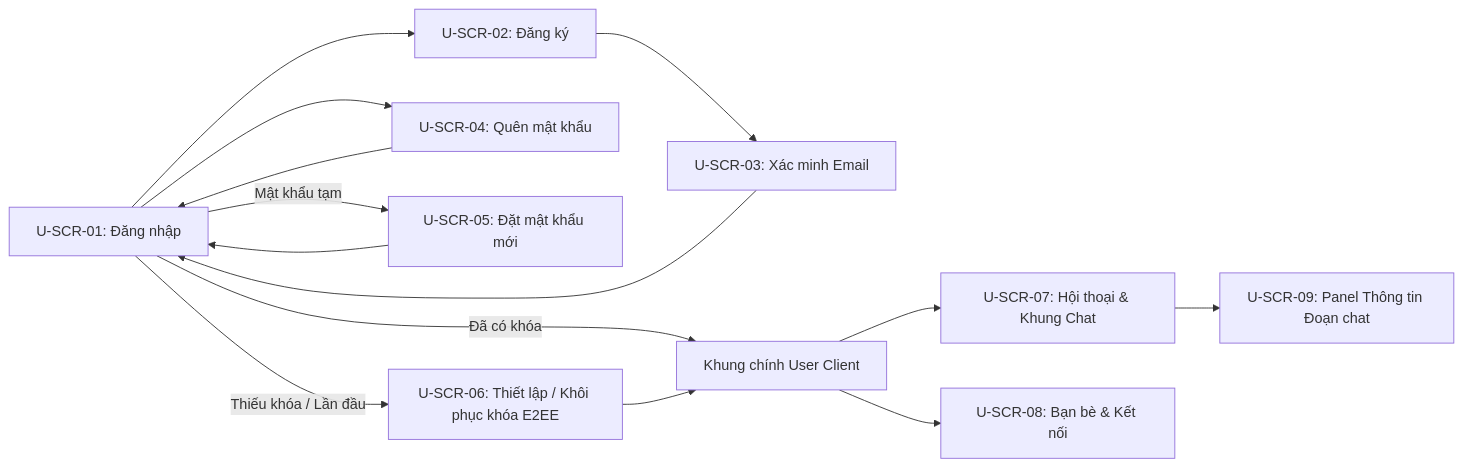
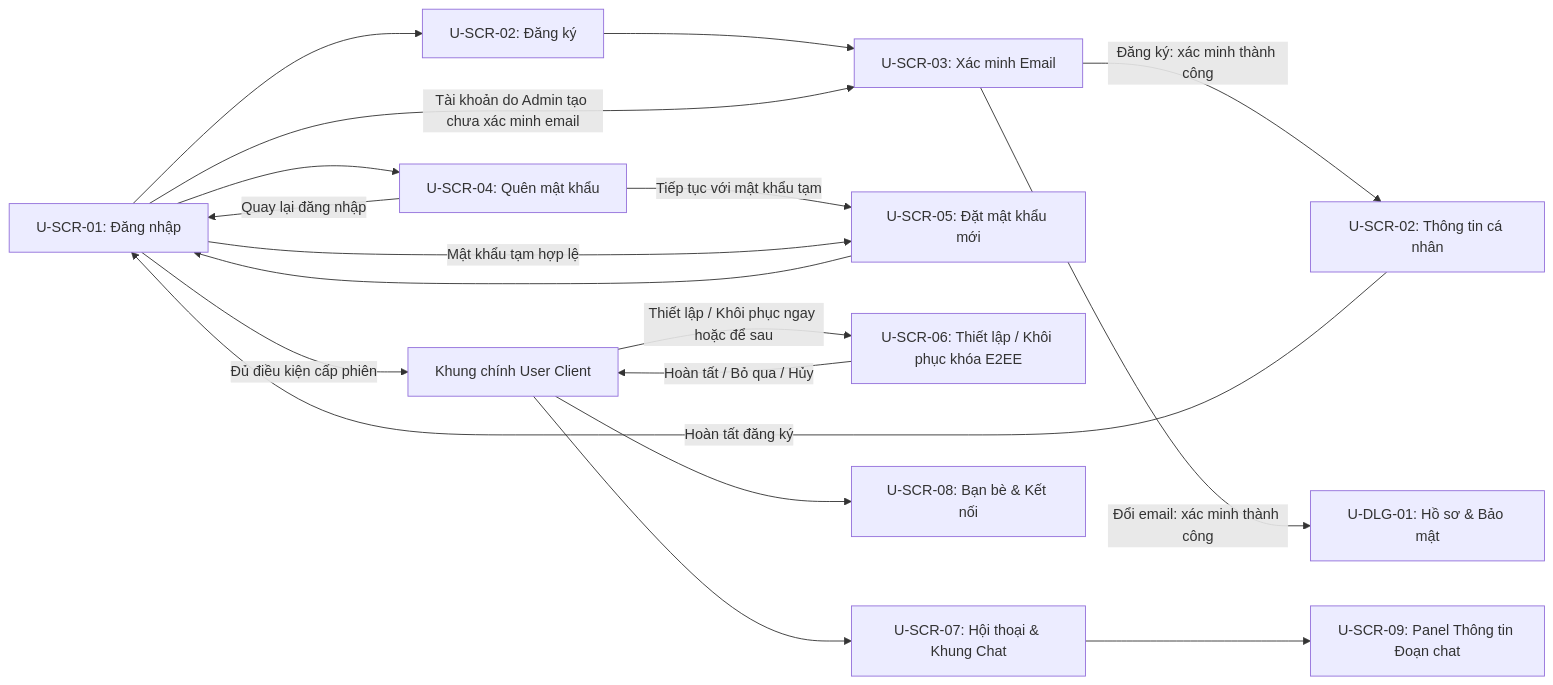
Before and after one commit to Ladenyx/ChatSystem: the first of 2 diagrams in docs/requirements/screen.md, drawn with Mermaid. The commit also changed other lines of this file and 3 other files, not shown here.

````diff
--- a/docs/requirements/screen.md
+++ b/docs/requirements/screen.md
@@ -11,16 +11,20 @@
 ```mermaid
 flowchart LR
     Login["U-SCR-01: Đăng nhập"] --> SignUp["U-SCR-02: Đăng ký"]
     SignUp --> VerifyEmail["U-SCR-03: Xác minh Email"]
-    VerifyEmail --> Login
+    VerifyEmail -- "Đăng ký: xác minh thành công" --> SignUpProfile["U-SCR-02: Thông tin cá nhân"]
+    SignUpProfile -- "Hoàn tất đăng ký" --> Login
+    VerifyEmail -- "Đổi email: xác minh thành công" --> ProfileDialog["U-DLG-01: Hồ sơ & Bảo mật"]
+    Login -- "Tài khoản do Admin tạo chưa xác minh email" --> VerifyEmail
     Login --> ForgotPwd["U-SCR-04: Quên mật khẩu"]
-    ForgotPwd --> Login
-    Login -- "Mật khẩu tạm" --> ForcePwd["U-SCR-05: Đặt mật khẩu mới"]
+    ForgotPwd -- "Tiếp tục với mật khẩu tạm" --> ForcePwd["U-SCR-05: Đặt mật khẩu mới"]
+    ForgotPwd -- "Quay lại đăng nhập" --> Login
+    Login -- "Mật khẩu tạm hợp lệ" --> ForcePwd
     ForcePwd --> Login
-    Login -- "Thiếu khóa / Lần đầu" --> E2EEKey["U-SCR-06: Thiết lập / Khôi phục khóa E2EE"]
-    Login -- "Đã có khóa" --> MainShell["Khung chính User Client"]
-    E2EEKey --> MainShell
+    Login -- "Đủ điều kiện cấp phiên" --> MainShell["Khung chính User Client"]
+    MainShell -- "Thiết lập / Khôi phục ngay hoặc để sau" --> E2EEKey["U-SCR-06: Thiết lập / Khôi phục khóa E2EE"]
+    E2EEKey -- "Hoàn tất / Bỏ qua / Hủy" --> MainShell
     MainShell --> ChatView["U-SCR-07: Hội thoại & Khung Chat"]
     MainShell --> ContactsView["U-SCR-08: Bạn bè & Kết nối"]
     ChatView --> InfoDrawer["U-SCR-09: Panel Thông tin Đoạn chat"]
 ```
````
